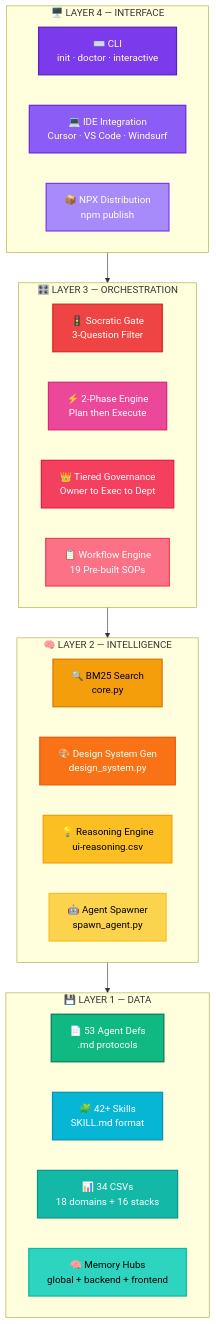
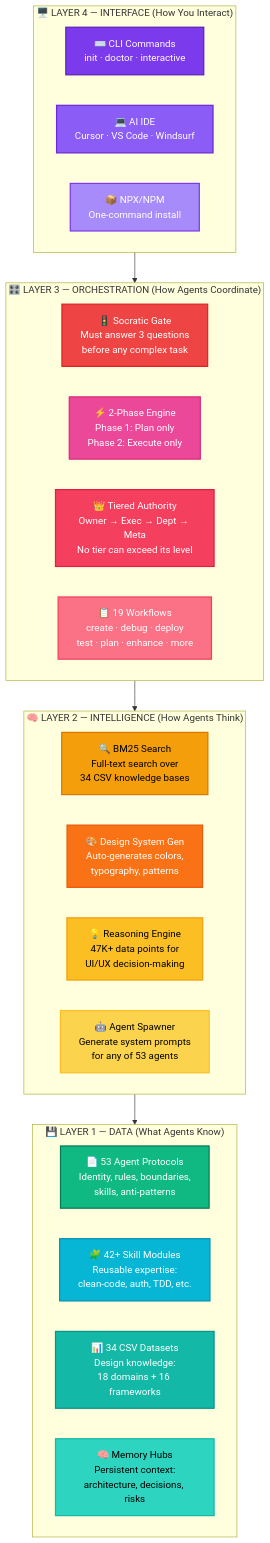
One commit to Ab-aswini/Agent-kit-P1 changed the third of 7 diagrams in README.md. Above: the diagram before and after it, drawn with Mermaid. The commit also changed other lines of this file and 52 other files, not shown here.

Commit message:
feat: feed knowledge to agents — RA-001 v3.1 with Live Knowledge Base, PROJECT_STATUS v1.4.2, narrative README, UI&UX branding

````diff
--- a/README.md
+++ b/README.md
@@ -148,51 +285,51 @@
 ```mermaid
 %%{init: {'theme': 'default'}}%%
 
 graph TD
-  subgraph L4["🖥️ LAYER 4 — INTERFACE"]
-    CLI["⌨️ CLI<br/>init · doctor · interactive"]
-    IDE["💻 IDE Integration<br/>Cursor · VS Code · Windsurf"]
-    NPX["📦 NPX Distribution<br/>npm publish"]
+  subgraph L4["🖥️ LAYER 4 — INTERFACE  (How You Interact)"]
+    CLI["⌨️ CLI Commands<br/>init · doctor · interactive"]
+    IDE["💻 AI IDE<br/>Cursor · VS Code · Windsurf"]
+    NPX["📦 NPX/NPM<br/>One-command install"]
   end
 
-  subgraph L3["🎛️ LAYER 3 — ORCHESTRATION"]
-    GATE["🚦 Socratic Gate<br/>3-Question Filter"]
-    PHASE["⚡ 2-Phase Engine<br/>Plan then Execute"]
-    GOV["👑 Tiered Governance<br/>Owner to Exec to Dept"]
-    WF["📋 Workflow Engine<br/>19 Pre-built SOPs"]
+  subgraph L3["🎛️ LAYER 3 — ORCHESTRATION  (How Agents Coordinate)"]
+    GATE["🚦 Socratic Gate<br/>Must answer 3 questions<br/>before any complex task"]
+    PHASE["⚡ 2-Phase Engine<br/>Phase 1: Plan only<br/>Phase 2: Execute only"]
+    GOV["👑 Tiered Authority<br/>Owner → Exec → Dept → Meta<br/>No tier can exceed its level"]
+    WF["📋 19 Workflows<br/>create · debug · deploy<br/>test · plan · enhance · more"]
   end
 
-  subgraph L2["🧠 LAYER 2 — INTELLIGENCE"]
-    BM25["🔍 BM25 Search<br/>core.py"]
-    DSG["🎨 Design System Gen<br/>design_system.py"]
-    REASON["💡 Reasoning Engine<br/>ui-reasoning.csv"]
-    SPAWN["🤖 Agent Spawner<br/>spawn_agent.py"]
+  subgraph L2["🧠 LAYER 2 — INTELLIGENCE  (How Agents Think)"]
+    BM25["🔍 BM25 Search<br/>Full-text search over<br/>34 CSV knowledge bases"]
+    DSG["🎨 Design System Gen<br/>Auto-generates colors,<br/>typography, patterns"]
+    REASON["💡 Reasoning Engine<br/>47K+ data points for<br/>UI/UX decision-making"]
+    SPAWN["🤖 Agent Spawner<br/>Generate system prompts<br/>for any of 53 agents"]
   end
 
-  subgraph L1["💾 LAYER 1 — DATA"]
-    AGENTS["📄 53 Agent Defs<br/>.md protocols"]
-    SKILLS["🧩 42+ Skills<br/>SKILL.md format"]
-    CSV["📊 34 CSVs<br/>18 domains + 16 stacks"]
-    MEM["🧠 Memory Hubs<br/>global + backend + frontend"]
+  subgraph L1["💾 LAYER 1 — DATA  (What Agents Know)"]
+    AGENTS["📄 53 Agent Protocols<br/>Identity, rules, boundaries,<br/>skills, anti-patterns"]
+    SKILLS["🧩 42+ Skill Modules<br/>Reusable expertise:<br/>clean-code, auth, TDD, etc."]
+    CSV["📊 34 CSV Datasets<br/>Design knowledge:<br/>18 domains + 16 frameworks"]
+    MEM["🧠 Memory Hubs<br/>Persistent context:<br/>architecture, decisions, risks"]
   end
 
   L4 --> L3
   L3 --> L2
   L2 --> L1
 
   style CLI fill:#7C3AED,stroke:#5B21B6,stroke-width:2px,color:#fff
   style IDE fill:#8B5CF6,stroke:#6D28D9,stroke-width:2px,color:#fff
   style NPX fill:#A78BFA,stroke:#7C3AED,stroke-width:2px,color:#fff
   style GATE fill:#EF4444,stroke:#DC2626,stroke-width:2px,color:#fff
   style PHASE fill:#EC4899,stroke:#DB2777,stroke-width:2px,color:#fff
   style GOV fill:#F43F5E,stroke:#E11D48,stroke-width:2px,color:#fff
   style WF fill:#FB7185,stroke:#F43F5E,stroke-width:2px,color:#fff
   style BM25 fill:#F59E0B,stroke:#D97706,stroke-width:2px,color:#000
   style DSG fill:#F97316,stroke:#EA580C,stroke-width:2px,color:#fff
   style REASON fill:#FBBF24,stroke:#F59E0B,stroke-width:2px,color:#000
   style SPAWN fill:#FCD34D,stroke:#FBBF24,stroke-width:2px,color:#000
   style AGENTS fill:#10B981,stroke:#047857,stroke-width:2px,color:#fff
   style SKILLS fill:#06B6D4,stroke:#0891B2,stroke-width:2px,color:#fff
   style CSV fill:#14B8A6,stroke:#0D9488,stroke-width:2px,color:#fff
   style MEM fill:#2DD4BF,stroke:#14B8A6,stroke-width:2px,color:#000
 ```
````
